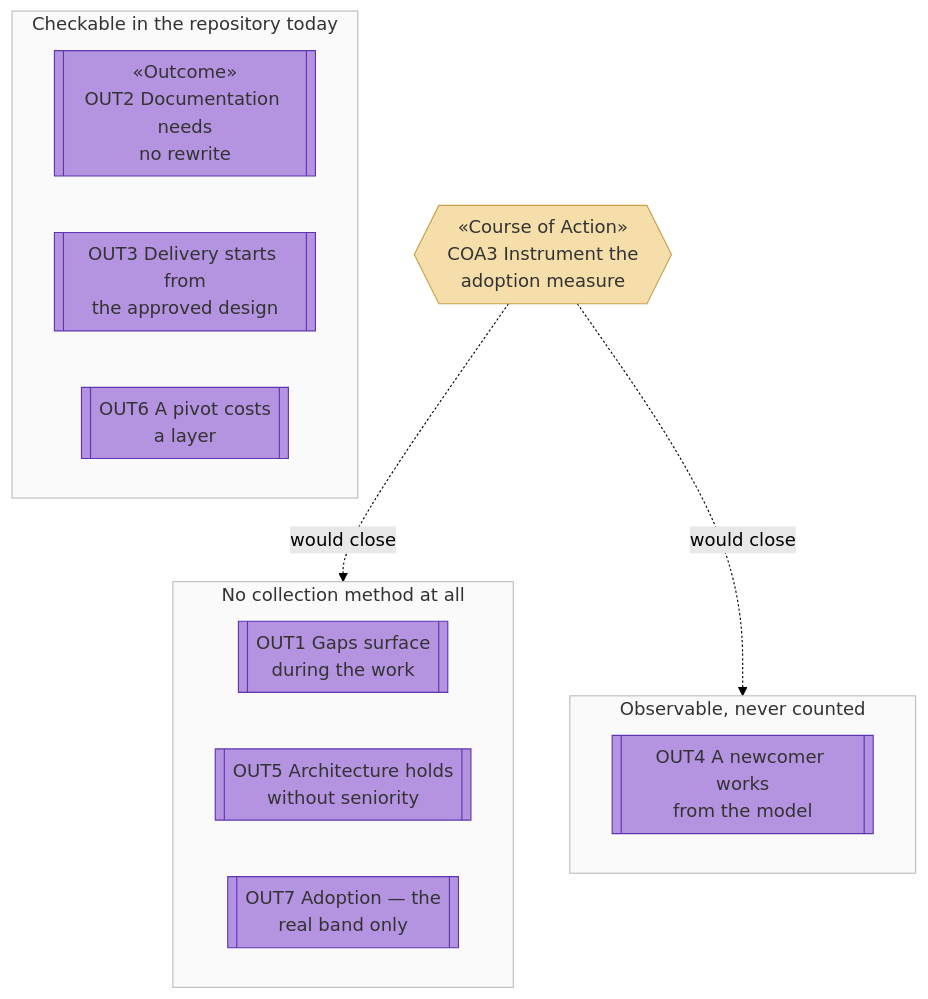
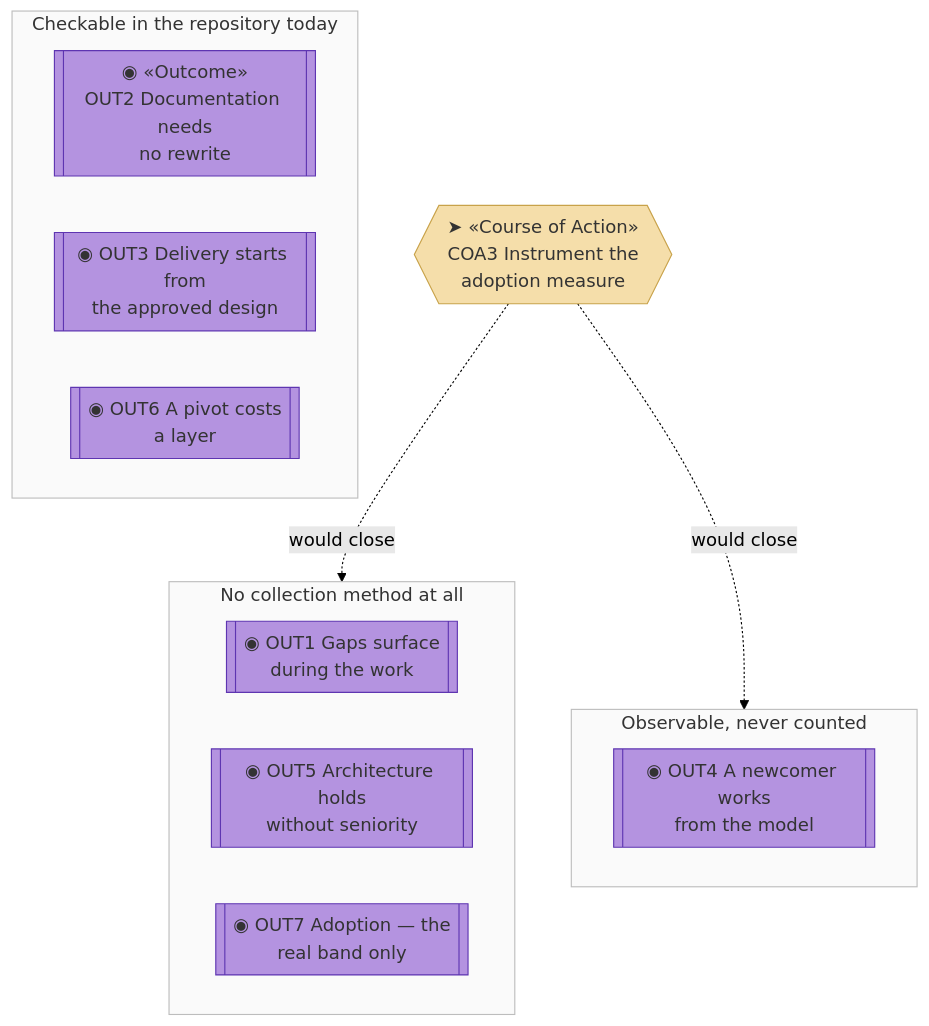
One commit to roanboc/architecture-archreator changed the sixth of 7 diagrams in organization/docs/ea/1_strategy/1_motivation.md. Above: the diagram before and after it, drawn with Mermaid (forest theme). The commit also changed other lines of this file and 7 other files, not shown here.

````diff
--- a/organization/docs/ea/1_strategy/1_motivation.md
+++ b/organization/docs/ea/1_strategy/1_motivation.md
@@ -276,29 +283,29 @@
 ```mermaid
 flowchart TB
   subgraph CHECKABLE["Checkable in the repository today"]
-    out2[["«Outcome»<br>OUT2 Documentation needs<br>no rewrite"]]:::outcome
-    out3[["OUT3 Delivery starts from<br>the approved design"]]:::outcome
-    out6[["OUT6 A pivot costs<br>a layer"]]:::outcome
+    out2[["◉ «Outcome»<br>OUT2 Documentation needs<br>no rewrite"]]:::outcome
+    out3[["◉ OUT3 Delivery starts from<br>the approved design"]]:::outcome
+    out6[["◉ OUT6 A pivot costs<br>a layer"]]:::outcome
   end
 
   subgraph ANECDOTAL["Observable, never counted"]
-    out4[["OUT4 A newcomer works<br>from the model"]]:::outcome
+    out4[["◉ OUT4 A newcomer works<br>from the model"]]:::outcome
   end
 
   subgraph NOMETHOD["No collection method at all"]
-    out1[["OUT1 Gaps surface<br>during the work"]]:::outcome
-    out5[["OUT5 Architecture holds<br>without seniority"]]:::outcome
-    out7[["OUT7 Adoption — the<br>real band only"]]:::outcome
+    out1[["◉ OUT1 Gaps surface<br>during the work"]]:::outcome
+    out5[["◉ OUT5 Architecture holds<br>without seniority"]]:::outcome
+    out7[["◉ OUT7 Adoption — the<br>real band only"]]:::outcome
   end
 
-  coa3{{"«Course of Action»<br>COA3 Instrument the<br>adoption measure"}}:::action
+  coa3{{"➤ «Course of Action»<br>COA3 Instrument the<br>adoption measure"}}:::action
 
   coa3 -.->|would close| NOMETHOD
   coa3 -.->|would close| ANECDOTAL
 
   classDef outcome fill:#b493e0,stroke:#5e35b1,color:#333
   classDef action fill:#f5deaa,stroke:#c8a24a,color:#333
   style CHECKABLE fill:#fafafa,stroke:#bdbdbd,color:#333
   style ANECDOTAL fill:#fafafa,stroke:#bdbdbd,color:#333
   style NOMETHOD fill:#fafafa,stroke:#bdbdbd,color:#333
 ```
````
